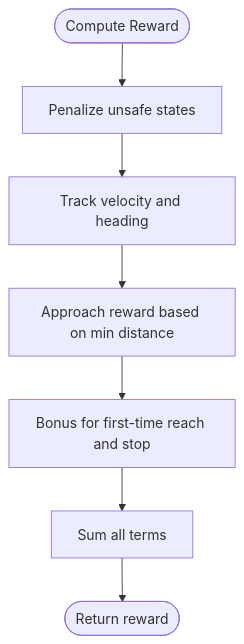
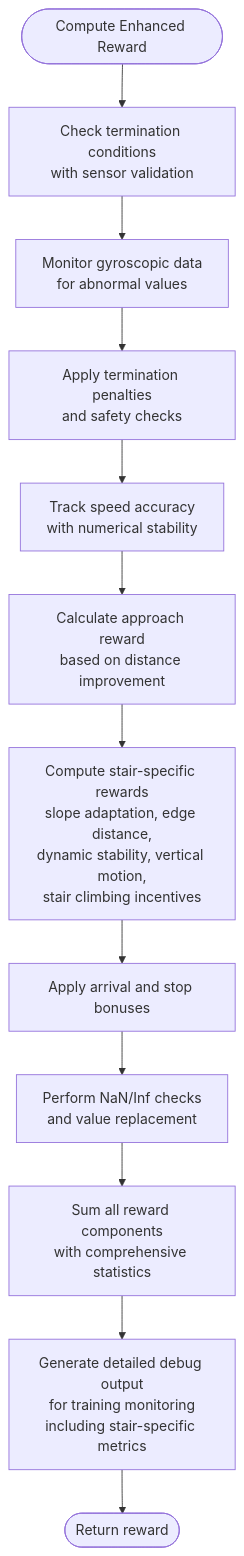
One commit to jayjayhust/MotrixLab changed the ninth of 11 diagrams in .qoder/repowiki/en/content/Navigation Environments/VBot Navigation/Track Sections.md. Above: the diagram before and after it, drawn with Mermaid. The commit also changed other lines of this file and 15 other files, not shown here.

````diff
--- a/.qoder/repowiki/en/content/Navigation Environments/VBot Navigation/Track Sections.md
+++ b/.qoder/repowiki/en/content/Navigation Environments/VBot Navigation/Track Sections.md
@@ -267,9 +551,14 @@
 ```mermaid
 flowchart TD
-Start(["Compute Reward"]) --> Penalize["Penalize unsafe states"]
-Penalize --> Track["Track velocity and heading"]
-Track --> Approach["Approach reward based on min distance"]
-Approach --> Bonus["Bonus for first-time reach and stop"]
-Bonus --> Sum["Sum all terms"]
-Sum --> End(["Return reward"])
+Start(["Compute Enhanced Reward"]) --> CheckTermination["Check termination conditions<br/>with sensor validation"]
+CheckTermination --> CheckGyro["Monitor gyroscopic data<br/>for abnormal values"]
+CheckGyro --> Penalize["Apply termination penalties<br/>and safety checks"]
+Penalize --> TrackSpeed["Track speed accuracy<br/>with numerical stability"]
+TrackSpeed --> Approach["Calculate approach reward<br/>based on distance improvement"]
+Approach --> ComputeStairRewards["Compute stair-specific rewards<br/>slope adaptation, edge distance,<br/>dynamic stability, vertical motion,<br/>stair climbing incentives"]
+ComputeStairRewards --> Bonus["Apply arrival and stop bonuses"]
+Bonus --> SafetyChecks["Perform NaN/Inf checks<br/>and value replacement"]
+SafetyChecks --> Sum["Sum all reward components<br/>with comprehensive statistics"]
+Sum --> DebugOutput["Generate detailed debug output<br/>for training monitoring<br/>including stair-specific metrics"]
+DebugOutput --> End(["Return reward"])
 ```
````
